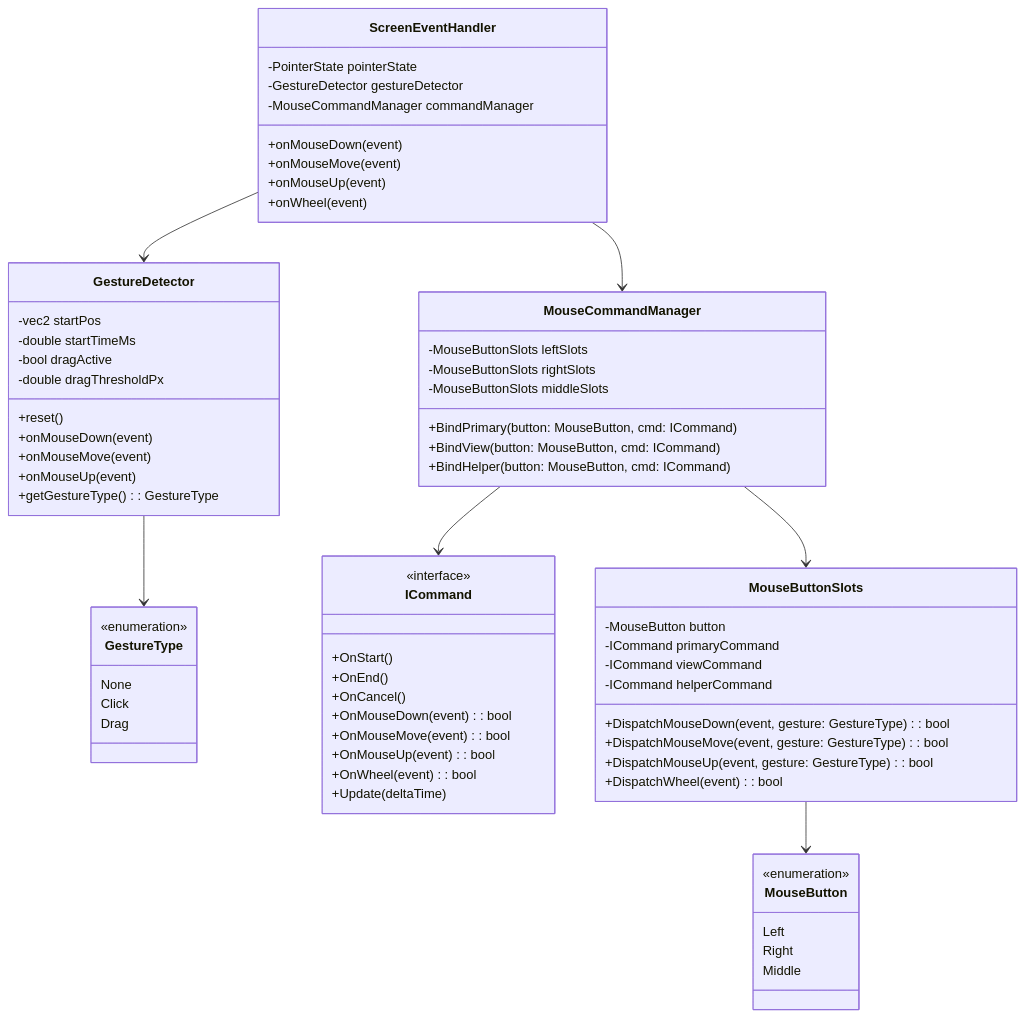
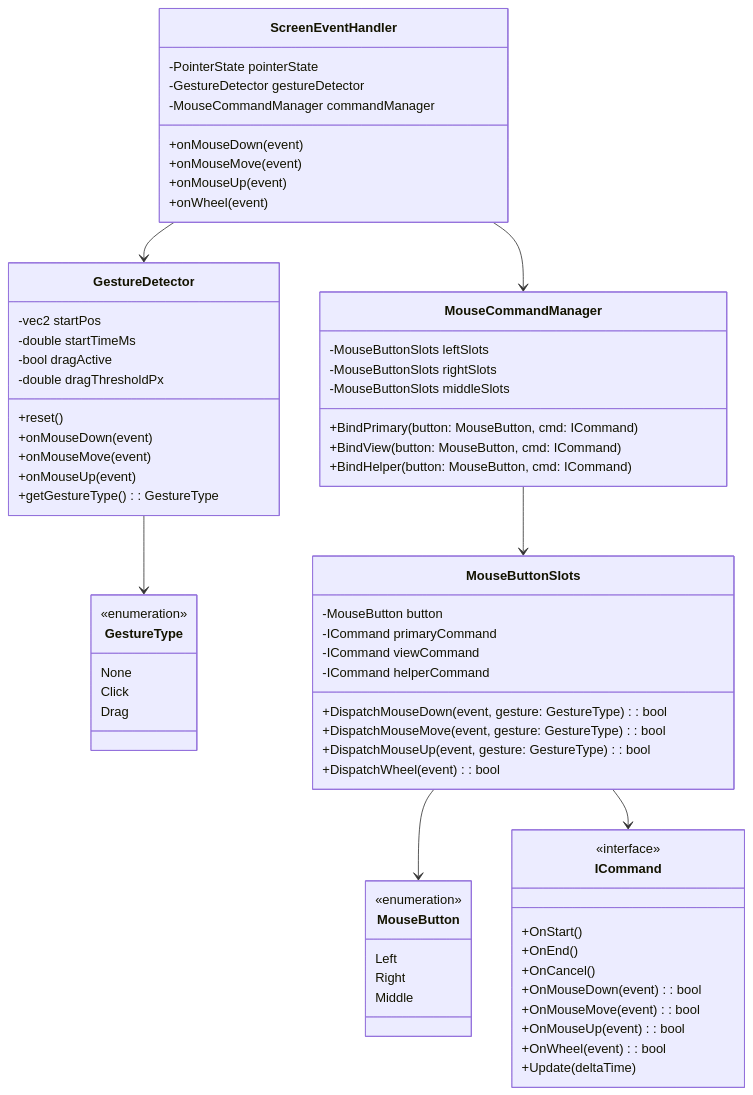
The first of 3 diagrams in GraphV5.md (vfa-khaidt1/vfa-cdn), drawn with Mermaid before and after one commit.

````diff
--- a/GraphV5.md
+++ b/GraphV5.md
@@ -1,78 +1,78 @@
 ```mermaid
 classDiagram
     class MouseButton {
         <<enumeration>>
         Left
         Right
         Middle
     }
 
     class GestureType {
         <<enumeration>>
         None
         Click
         Drag
     }
 
     class ScreenEventHandler {
         -PointerState pointerState
         -GestureDetector gestureDetector
         -MouseCommandManager commandManager
         +onMouseDown(event)
         +onMouseMove(event)
         +onMouseUp(event)
         +onWheel(event)
     }
 
     class GestureDetector {
         -vec2 startPos
         -double startTimeMs
         -bool dragActive
         -double dragThresholdPx
         +reset()
         +onMouseDown(event)
         +onMouseMove(event)
         +onMouseUp(event)
         +getGestureType(): GestureType
     }
 
     class ICommand {
         <<interface>>
         +OnStart()
         +OnEnd()
         +OnCancel()
         +OnMouseDown(event): bool
         +OnMouseMove(event): bool
         +OnMouseUp(event): bool
         +OnWheel(event): bool
         +Update(deltaTime)
     }
 
     class MouseButtonSlots {
         -MouseButton button
         -ICommand primaryCommand
         -ICommand viewCommand
         -ICommand helperCommand
         +DispatchMouseDown(event, gesture: GestureType): bool
         +DispatchMouseMove(event, gesture: GestureType): bool
         +DispatchMouseUp(event, gesture: GestureType): bool
         +DispatchWheel(event): bool
     }
 
     class MouseCommandManager {
         -MouseButtonSlots leftSlots
         -MouseButtonSlots rightSlots
         -MouseButtonSlots middleSlots
         +BindPrimary(button: MouseButton, cmd: ICommand)
         +BindView(button: MouseButton, cmd: ICommand)
         +BindHelper(button: MouseButton, cmd: ICommand)
     }
 
     ScreenEventHandler --> GestureDetector
     ScreenEventHandler --> MouseCommandManager
     GestureDetector --> GestureType
 
     MouseCommandManager --> MouseButtonSlots
     MouseButtonSlots --> MouseButton
-    MouseCommandManager --> ICommand
+    MouseButtonSlots --> ICommand
 ```
````
